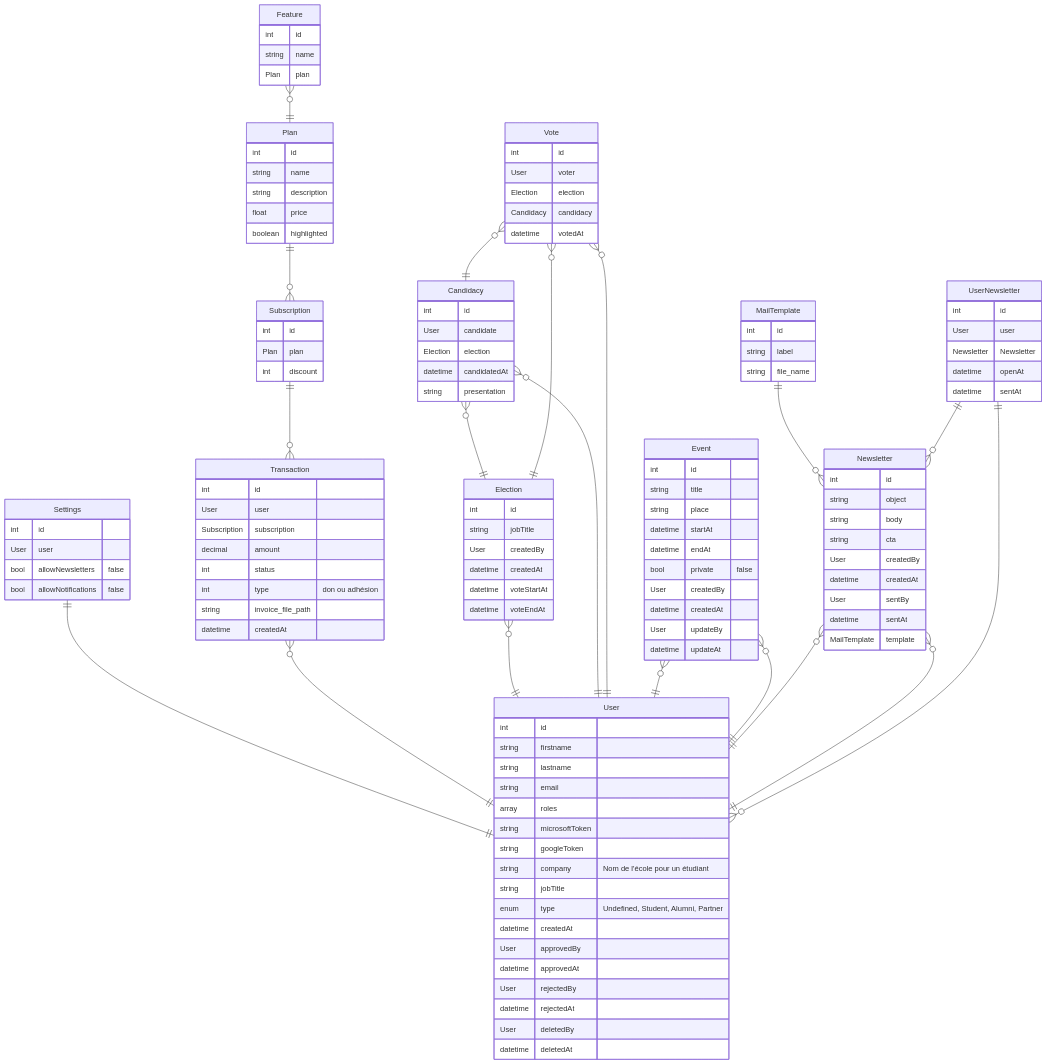
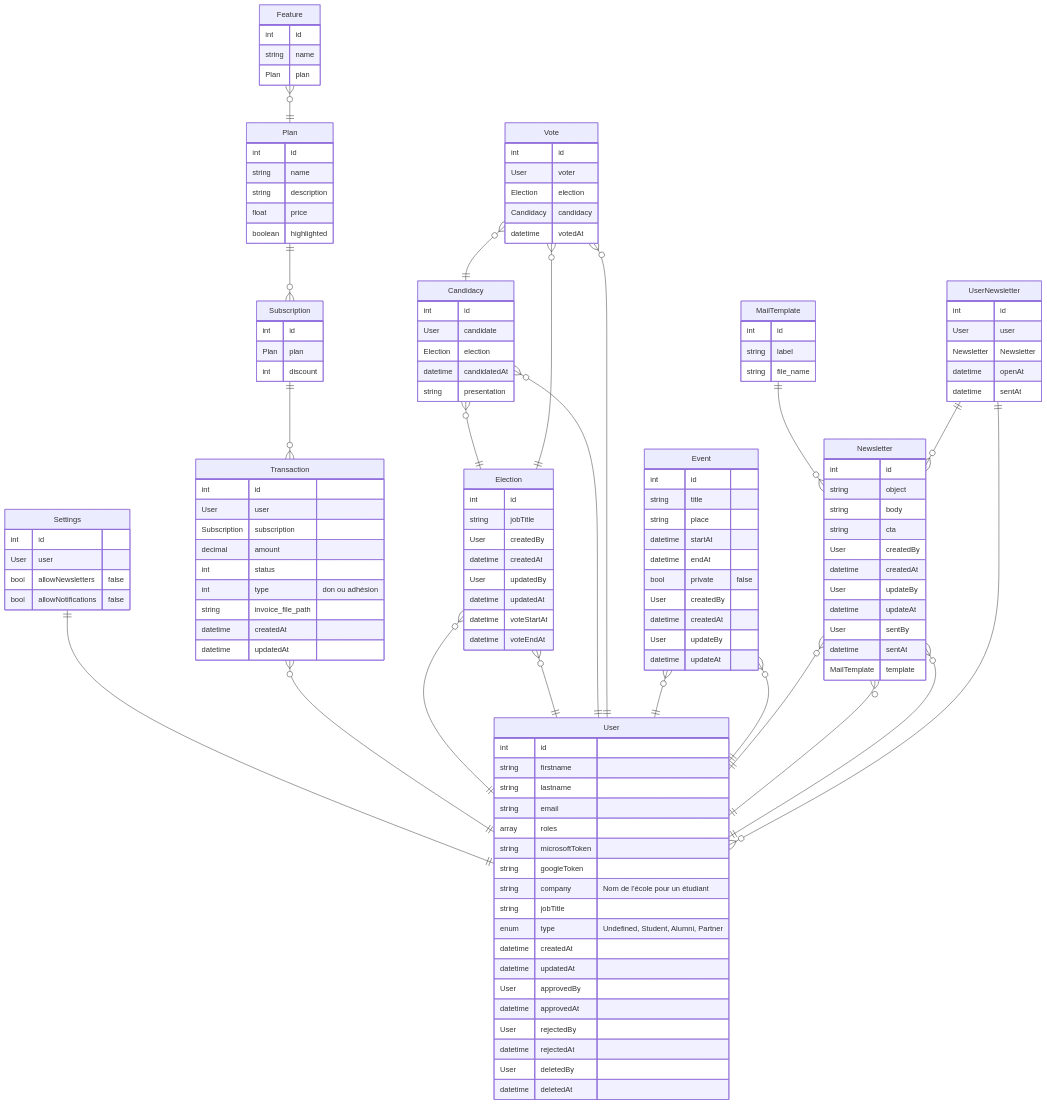
The diagram in docs/database.md (epsi-wis-alumni/gestion-adhesions), drawn with Mermaid before and after one commit.

```diff
--- a/docs/database.md
+++ b/docs/database.md
@@ -12,6 +12,7 @@
         string jobTitle
         enum type "Undefined, Student, Alumni, Partner"
         datetime createdAt
+        datetime updatedAt
         User approvedBy
         datetime approvedAt
         User rejectedBy
@@ -40,6 +41,7 @@
         int type "don ou adhésion"
         string invoice_file_path
         datetime createdAt
+        datetime updatedAt
     }
 
     Subscription 1--0+ Transaction: ""
@@ -69,12 +71,15 @@
     }
 
     Election 0+--1 User: ""
+    Election 0+--1 User: ""
 
     Election {
         int id
         string jobTitle
         User createdBy
         datetime createdAt
+        User updatedBy
+        datetime updatedAt
         datetime voteStartAt
         datetime voteEndAt
     }
@@ -120,6 +125,7 @@
 
     Newsletter 0+--1 User: ""
     Newsletter 0+--1 User: ""
+    Newsletter 0+--1 User: ""
 
     Newsletter {
         int id
@@ -128,6 +134,8 @@
         string cta
         User createdBy
         datetime createdAt
+        User updateBy
+        datetime updateAt
         User sentBy
         datetime sentAt
         MailTemplate template
```
